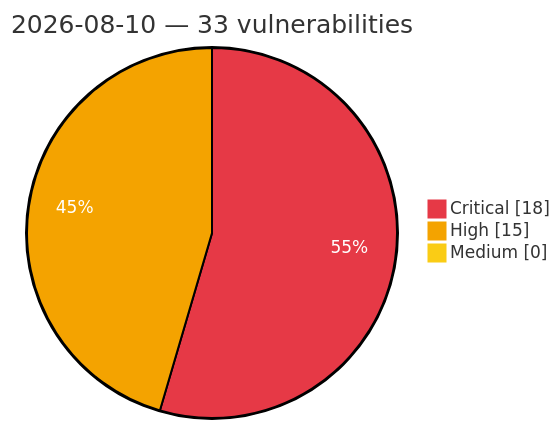
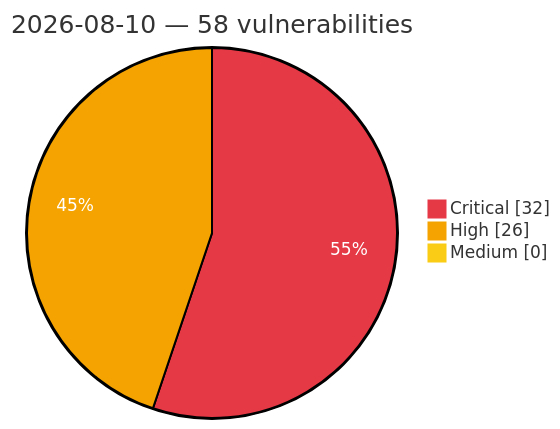
The diagram in vulnerabilities/2026/August/2026-08-10.md (GhostX0X/vuln-tracker), drawn with Mermaid before and after one commit. The commit also changed other lines of this file and 5 other files, not shown here.

Commit message:
Auto update: critical/high vulns (2026-08-10 20:23 UTC)

````diff
--- a/vulnerabilities/2026/August/2026-08-10.md
+++ b/vulnerabilities/2026/August/2026-08-10.md
@@ -3,8 +3,8 @@
 ```mermaid
 %%{init: {'theme':'base', 'themeVariables': {'pie1':'#e63946', 'pie2':'#f4a300', 'pie3':'#facc15', 'pieOpacity':'1', 'pieOuterStrokeWidth':'2px', 'pieSectionTextColor':'#ffffff'}}}%%
 pie showData
-    title 2026-08-10 — 33 vulnerabilities
-    "Critical" : 18
-    "High" : 15
+    title 2026-08-10 — 58 vulnerabilities
+    "Critical" : 32
+    "High" : 26
     "Medium" : 0
 ```
````
